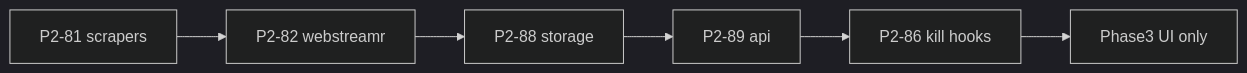
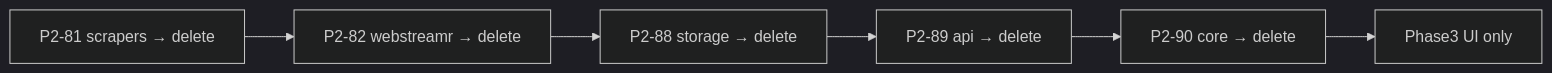
The diagram in docs/migration/02-rust-engine-complete.md (mGhassen/Forja), drawn with Mermaid (dark theme) before and after one commit. The commit also changed other lines of this file and 12 other files, not shown here.

Commit message:
refactor: Complete migration of storage functionality to Rust; implement EngineStorage for key-value operations, remove legacy SharedPreferences, and ensure all Dart engine packages are deleted as part of the transition to Rust-based architecture

````diff
--- a/docs/migration/02-rust-engine-complete.md
+++ b/docs/migration/02-rust-engine-complete.md
@@ -146,11 +175,11 @@
 ```mermaid
 flowchart LR
-  P2_81["P2-81 scrapers"]
-  P2_82["P2-82 webstreamr"]
-  P2_88["P2-88 storage"]
-  P2_89["P2-89 api"]
-  P2_86["P2-86 kill hooks"]
+  P2_81["P2-81 scrapers → delete"]
+  P2_82["P2-82 webstreamr → delete"]
+  P2_88["P2-88 storage → delete"]
+  P2_89["P2-89 api → delete"]
+  P2_90["P2-90 core → delete"]
   P3["Phase3 UI only"]
 
-  P2_81 --> P2_82 --> P2_88 --> P2_89 --> P2_86 --> P3
+  P2_81 --> P2_82 --> P2_88 --> P2_89 --> P2_90 --> P3
 ```
````
